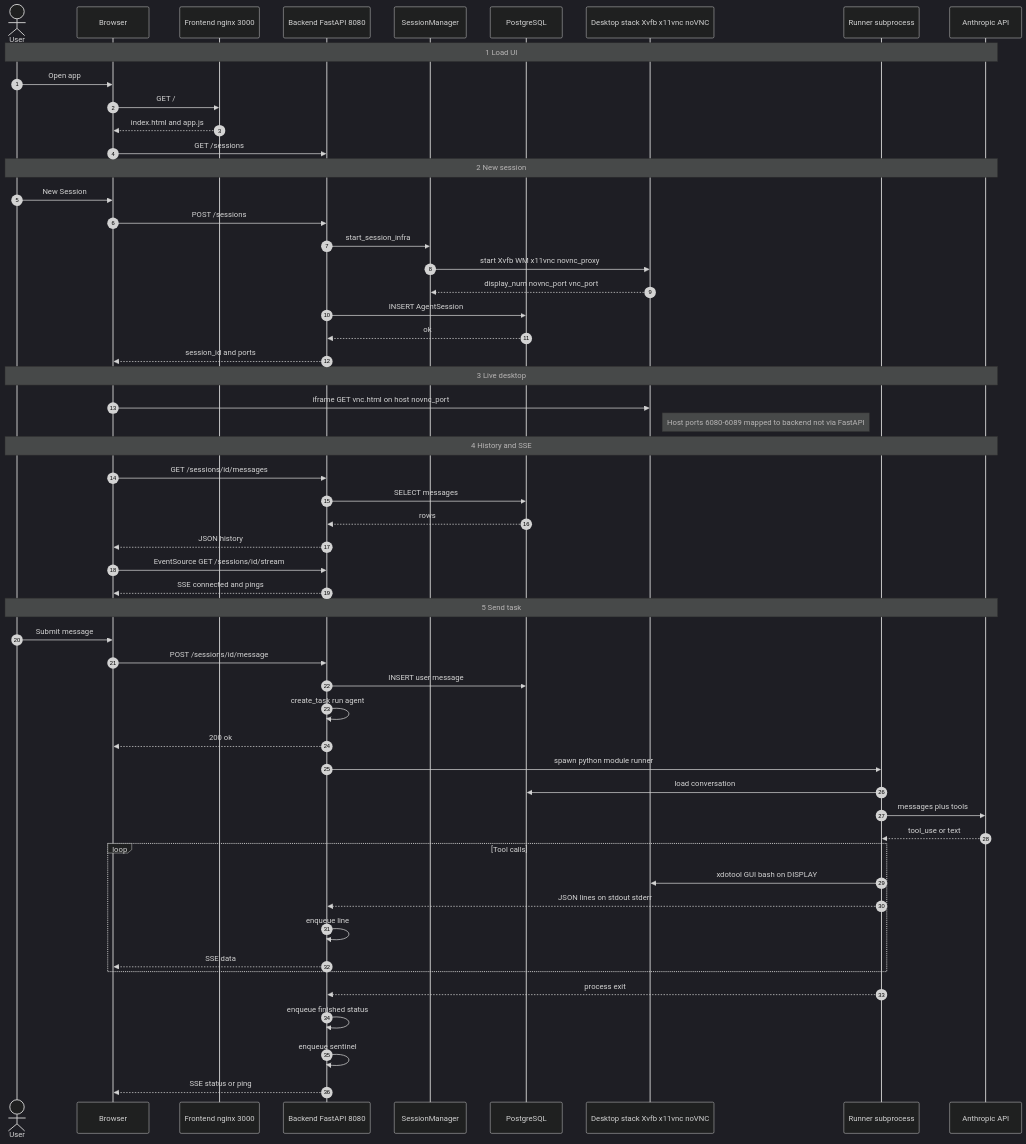
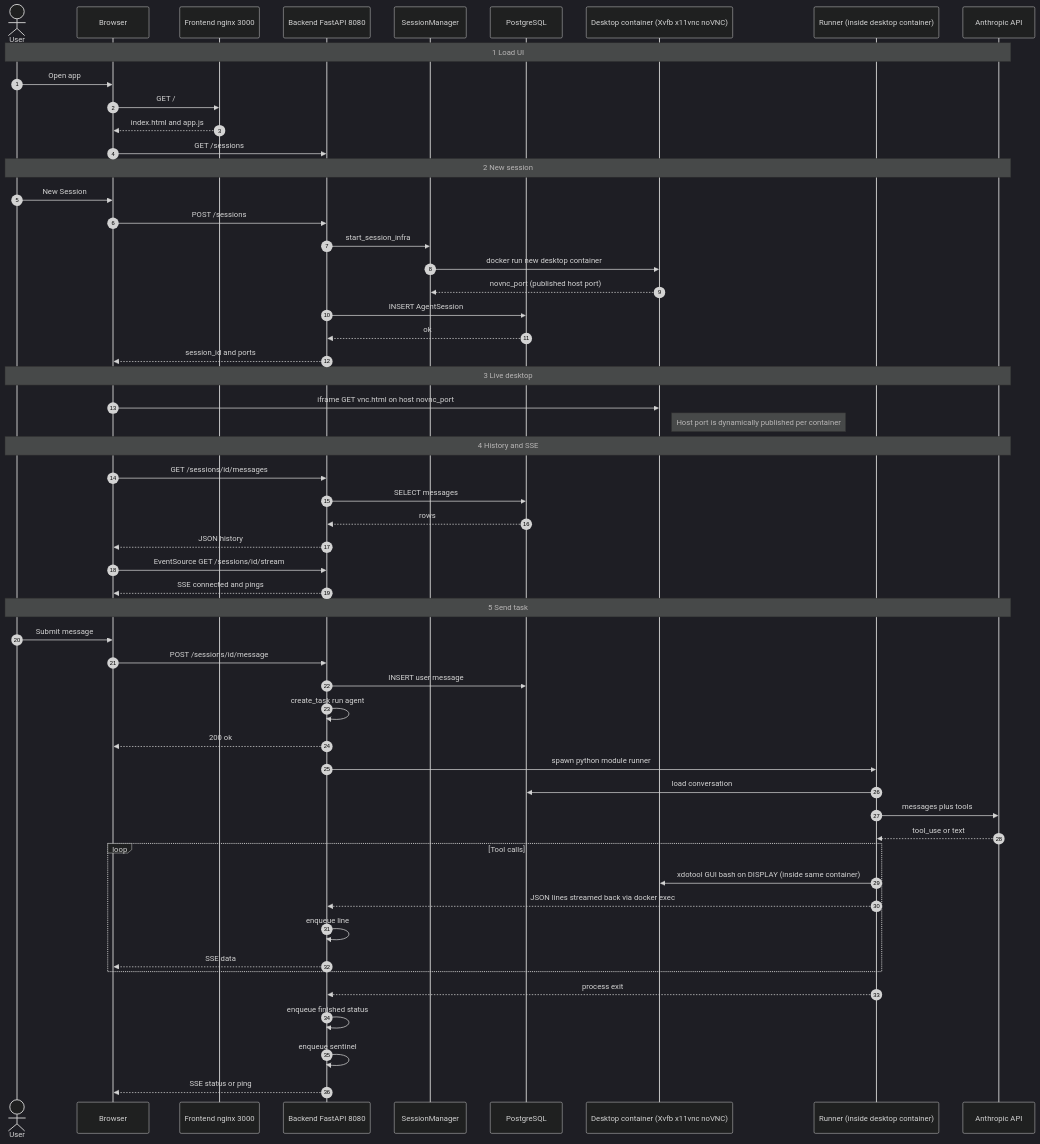
Before and after one commit to odessycore/cambioml-test: the diagram in README.md, drawn with Mermaid (dark theme). The commit also changed other lines of this file and 6 other files, not shown here.

````diff
--- a/README.md
+++ b/README.md
@@ -24,63 +25,63 @@
 ```mermaid
 sequenceDiagram
     autonumber
     actor User
     participant Browser
     participant Nginx as Frontend nginx 3000
     participant API as Backend FastAPI 8080
     participant SM as SessionManager
     participant DB as PostgreSQL
-    participant VNC as Desktop stack Xvfb x11vnc noVNC
-    participant Runner as Runner subprocess
+    participant VNC as Desktop container (Xvfb x11vnc noVNC)
+    participant Runner as Runner (inside desktop container)
     participant Claude as Anthropic API
 
     Note over User,Claude: 1 Load UI
     User->>Browser: Open app
     Browser->>Nginx: GET /
     Nginx-->>Browser: index.html and app.js
     Browser->>API: GET /sessions
 
     Note over User,Claude: 2 New session
     User->>Browser: New Session
     Browser->>API: POST /sessions
     API->>SM: start_session_infra
-    SM->>VNC: start Xvfb WM x11vnc novnc_proxy
-    VNC-->>SM: display_num novnc_port vnc_port
+    SM->>VNC: docker run new desktop container
+    VNC-->>SM: novnc_port (published host port)
     API->>DB: INSERT AgentSession
     DB-->>API: ok
     API-->>Browser: session_id and ports
 
     Note over User,Claude: 3 Live desktop
     Browser->>VNC: iframe GET vnc.html on host novnc_port
-    Note right of VNC: Host ports 6080-6089 mapped to backend not via FastAPI
+    Note right of VNC: Host port is dynamically published per container
 
     Note over User,Claude: 4 History and SSE
     Browser->>API: GET /sessions/id/messages
     API->>DB: SELECT messages
     DB-->>API: rows
     API-->>Browser: JSON history
     Browser->>API: EventSource GET /sessions/id/stream
     API-->>Browser: SSE connected and pings
 
     Note over User,Claude: 5 Send task
     User->>Browser: Submit message
     Browser->>API: POST /sessions/id/message
     API->>DB: INSERT user message
     API->>API: create_task run agent
     API-->>Browser: 200 ok
 
     API->>Runner: spawn python module runner
     Runner->>DB: load conversation
     Runner->>Claude: messages plus tools
     Claude-->>Runner: tool_use or text
     loop Tool calls
-        Runner->>VNC: xdotool GUI bash on DISPLAY
-        Runner-->>API: JSON lines on stdout stderr
+        Runner->>VNC: xdotool GUI bash on DISPLAY (inside same container)
+        Runner-->>API: JSON lines streamed back via docker exec
         API->>API: enqueue line
         API-->>Browser: SSE data
     end
     Runner-->>API: process exit
     API->>API: enqueue finished status
     API->>API: enqueue sentinel
     API-->>Browser: SSE status or ping
 ```
````
